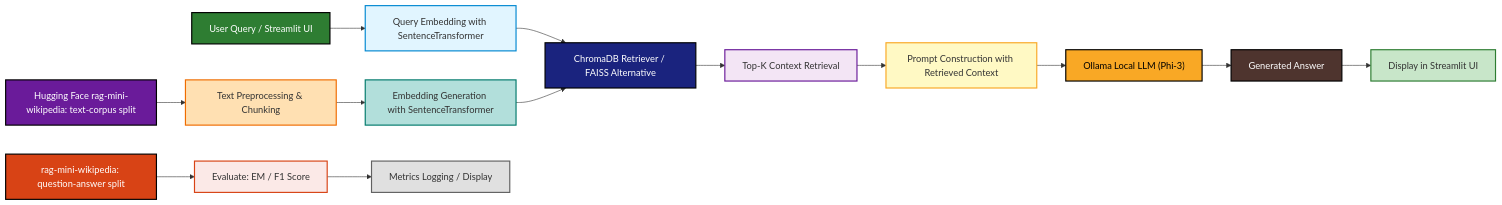
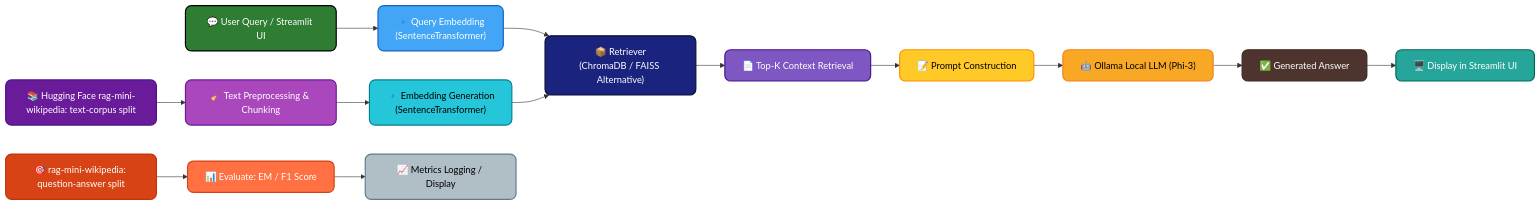
One commit to shamilop100/Offline-Wikipedia-RAG-System-Using-Local-LLM-and-Sentence-Transformers changed the diagram in README.md. Above: the diagram before and after it, drawn with Mermaid.

````diff
--- a/README.md
+++ b/README.md
@@ -71,41 +71,41 @@
 ```mermaid
+%% Professional RAG Pipeline Flow
 graph LR
-    %% User query flow
-    A["User Query / Streamlit UI"] --> B["Query Embedding with SentenceTransformer"]
-    B --> C["ChromaDB Retriever / FAISS Alternative"]
-    C --> D["Top-K Context Retrieval"]
-    D --> E["Prompt Construction with Retrieved Context"]
-    E --> F["Ollama Local LLM (Phi-3)"]
-    F --> G["Generated Answer"]
-    G --> H["Display in Streamlit UI"]
+    %% User Query Flow
+    A["💬 User Query / Streamlit UI"] --> B["🔹 Query Embedding\n(SentenceTransformer)"]
+    B --> C["📦 Retriever\n(ChromaDB / FAISS Alternative)"]
+    C --> D["📄 Top-K Context Retrieval"]
+    D --> E["📝 Prompt Construction"]
+    E --> F["🤖 Ollama Local LLM (Phi-3)"]
+    F --> G["✅ Generated Answer"]
+    G --> H["🖥️ Display in Streamlit UI"]
 
-    %% Dataset flow
-    I["Hugging Face rag-mini-wikipedia: text-corpus split"] --> J["Text Preprocessing & Chunking"]
-    J --> K["Embedding Generation with SentenceTransformer"]
+    %% Dataset Flow
+    I["📚 Hugging Face rag-mini-wikipedia: text-corpus split"] --> J["🧹 Text Preprocessing & Chunking"]
+    J --> K["🔹 Embedding Generation\n(SentenceTransformer)"]
     K --> C
 
-    %% Evaluation flow
-    L["rag-mini-wikipedia: question-answer split"] --> M["Evaluate: EM / F1 Score"]
-    M --> N["Metrics Logging / Display"]
+    %% Evaluation Flow
+    L["🎯 rag-mini-wikipedia: question-answer split"] --> M["📊 Evaluate: EM / F1 Score"]
+    M --> N["📈 Metrics Logging / Display"]
 
-    %% Styling for contrast
-    style A fill:#2e7d32,stroke:#000000,stroke-width:2px,color:#ffffff
-    style I fill:#6a1b9a,stroke:#000000,stroke-width:2px,color:#ffffff
-    style L fill:#d84315,stroke:#000000,stroke-width:2px,color:#ffffff
-    style C fill:#1a237e,stroke:#000000,stroke-width:2px,color:#ffffff
-    style F fill:#f9a825,stroke:#000000,stroke-width:2px,color:#000000
-    style G fill:#4e342e,stroke:#000000,stroke-width:2px,color:#ffffff
+    %% Node Styling
+    style A fill:#2E7D32,stroke:#000,color:#fff,stroke-width:2px,rx:10,ry:10
+    style B fill:#42A5F5,stroke:#1565C0,color:#fff,stroke-width:2px,rx:10,ry:10
+    style C fill:#1A237E,stroke:#0D1033,color:#fff,stroke-width:2px,rx:10,ry:10
+    style D fill:#7E57C2,stroke:#4A148C,color:#fff,stroke-width:2px,rx:10,ry:10
+    style E fill:#FFCA28,stroke:#FF8F00,color:#000,stroke-width:2px,rx:10,ry:10
+    style F fill:#F9A825,stroke:#F57F17,color:#000,stroke-width:2px,rx:10,ry:10
+    style G fill:#4E342E,stroke:#3E2723,color:#fff,stroke-width:2px,rx:10,ry:10
+    style H fill:#26A69A,stroke:#00695C,color:#fff,stroke-width:2px,rx:10,ry:10
+    style I fill:#6A1B9A,stroke:#4A148C,color:#fff,stroke-width:2px,rx:10,ry:10
+    style J fill:#AB47BC,stroke:#6A1B9A,color:#fff,stroke-width:2px,rx:10,ry:10
+    style K fill:#26C6DA,stroke:#00838F,color:#000,stroke-width:2px,rx:10,ry:10
+    style L fill:#D84315,stroke:#BF360C,color:#fff,stroke-width:2px,rx:10,ry:10
+    style M fill:#FF7043,stroke:#D84315,color:#fff,stroke-width:2px,rx:10,ry:10
+    style N fill:#B0BEC5,stroke:#607D8B,color:#000,stroke-width:2px,rx:10,ry:10
 
-    %% Other nodes default styling
-    style B fill:#e1f5ff,stroke:#0288d1,stroke-width:2px
-    style D fill:#f3e5f5,stroke:#6a1b9a,stroke-width:2px
-    style E fill:#fff9c4,stroke:#f9a825,stroke-width:2px
-    style H fill:#c8e6c9,stroke:#2e7d32,stroke-width:2px
-    style J fill:#ffe0b2,stroke:#ef6c00,stroke-width:2px
-    style K fill:#b2dfdb,stroke:#00796b,stroke-width:2px
-    style M fill:#fbe9e7,stroke:#d84315,stroke-width:2px
-    style N fill:#e0e0e0,stroke:#616161,stroke-width:2px
 
 
 
 ```
````
